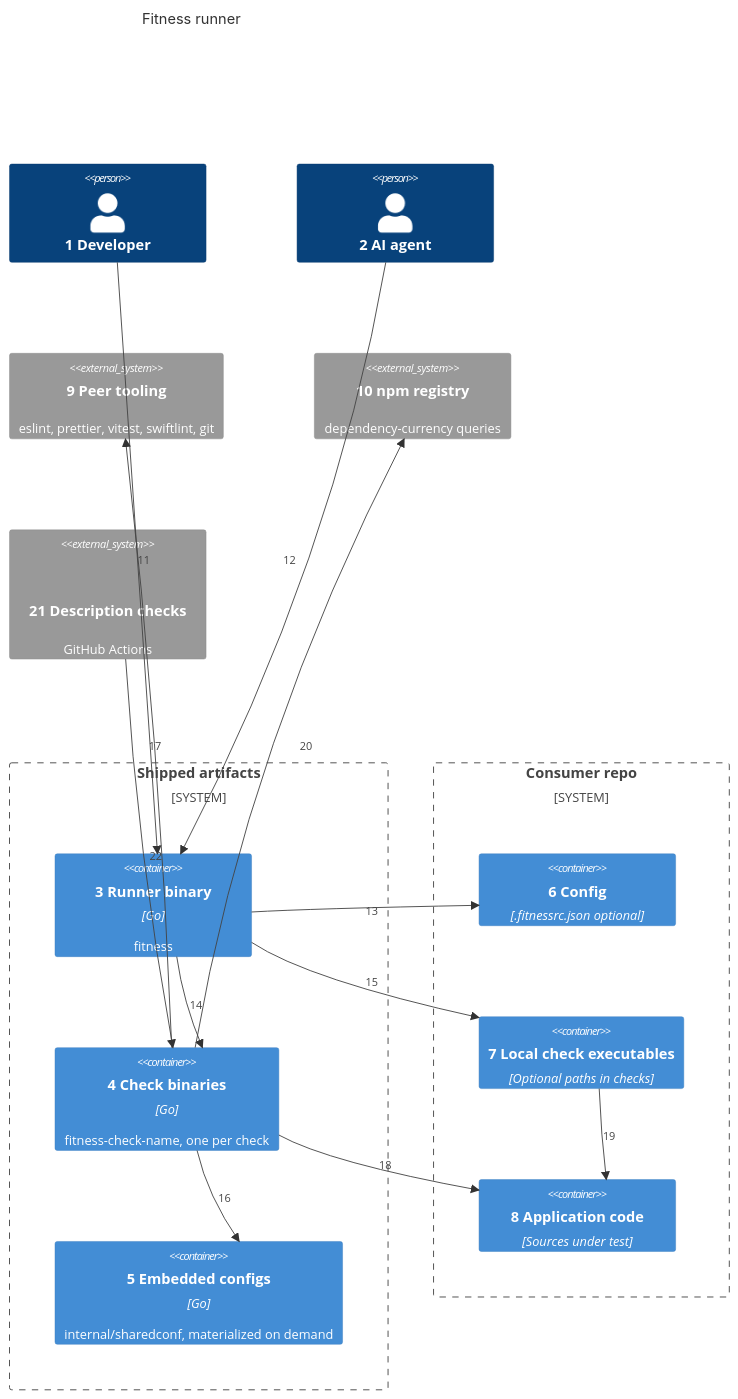
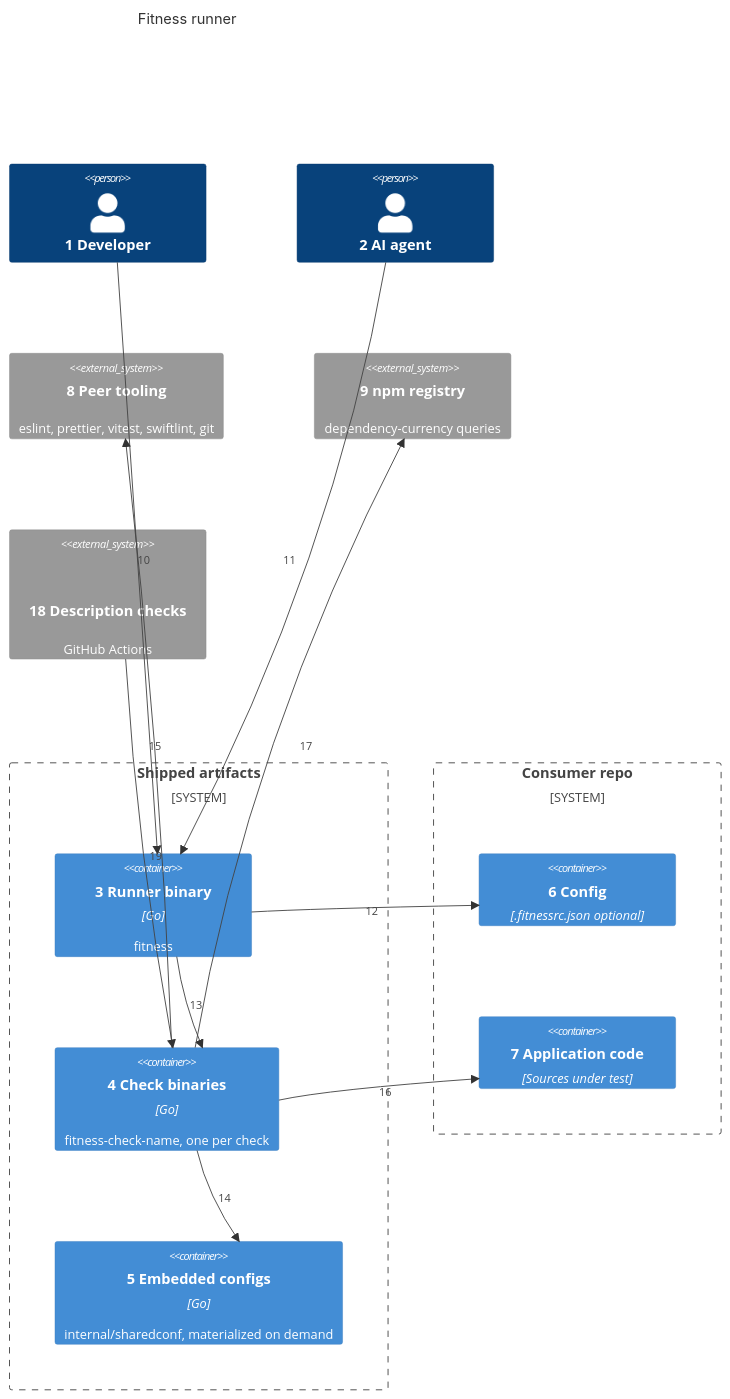
The first of 2 diagrams in docs/architecture/02-containers.md (may-journal/fitness-runner), drawn with Mermaid before and after one commit. The commit also changed other lines of this file and 59 other files, not shown here.

First line of the commit message:
feat(checks): run every check in every repo, each detecting whether it applies (#129)

````diff
--- a/docs/architecture/02-containers.md
+++ b/docs/architecture/02-containers.md
@@ -7,35 +7,32 @@
 ```mermaid
 C4Container
     title Fitness runner
 
     Person(developer, "1 Developer")
     Person(agent, "2 AI agent")
 
     System_Boundary(ship, "Shipped artifacts") {
         Container(cli, "3 Runner binary", "Go", "fitness")
         Container(checks, "4 Check binaries", "Go", "fitness-check-name, one per check")
         Container(shared, "5 Embedded configs", "Go", "internal/sharedconf, materialized on demand")
     }
 
     System_Boundary(consumer, "Consumer repo") {
         Container(rc, "6 Config", ".fitnessrc.json optional")
-        Container(localChecks, "7 Local check executables", "Optional paths in checks")
-        Container(code, "8 Application code", "Sources under test")
+        Container(code, "7 Application code", "Sources under test")
     }
 
-    System_Ext(tools, "9 Peer tooling", "eslint, prettier, vitest, swiftlint, git")
-    System_Ext(registry, "10 npm registry", "dependency-currency queries")
-    System_Ext(ci, "21 Description checks", "GitHub Actions", "plan-check and pr-check")
+    System_Ext(tools, "8 Peer tooling", "eslint, prettier, vitest, swiftlint, git")
+    System_Ext(registry, "9 npm registry", "dependency-currency queries")
+    System_Ext(ci, "18 Description checks", "GitHub Actions", "plan-check and pr-check")
 
-    Rel(developer, cli, "11")
-    Rel(agent, cli, "12")
-    Rel(cli, rc, "13")
-    Rel(cli, checks, "14")
-    Rel(cli, localChecks, "15")
-    Rel(checks, shared, "16")
-    Rel(checks, tools, "17")
-    Rel(checks, code, "18")
-    Rel(localChecks, code, "19")
-    Rel(checks, registry, "20")
-    Rel(ci, checks, "22")
+    Rel(developer, cli, "10")
+    Rel(agent, cli, "11")
+    Rel(cli, rc, "12")
+    Rel(cli, checks, "13")
+    Rel(checks, shared, "14")
+    Rel(checks, tools, "15")
+    Rel(checks, code, "16")
+    Rel(checks, registry, "17")
+    Rel(ci, checks, "19")
 ```
````
